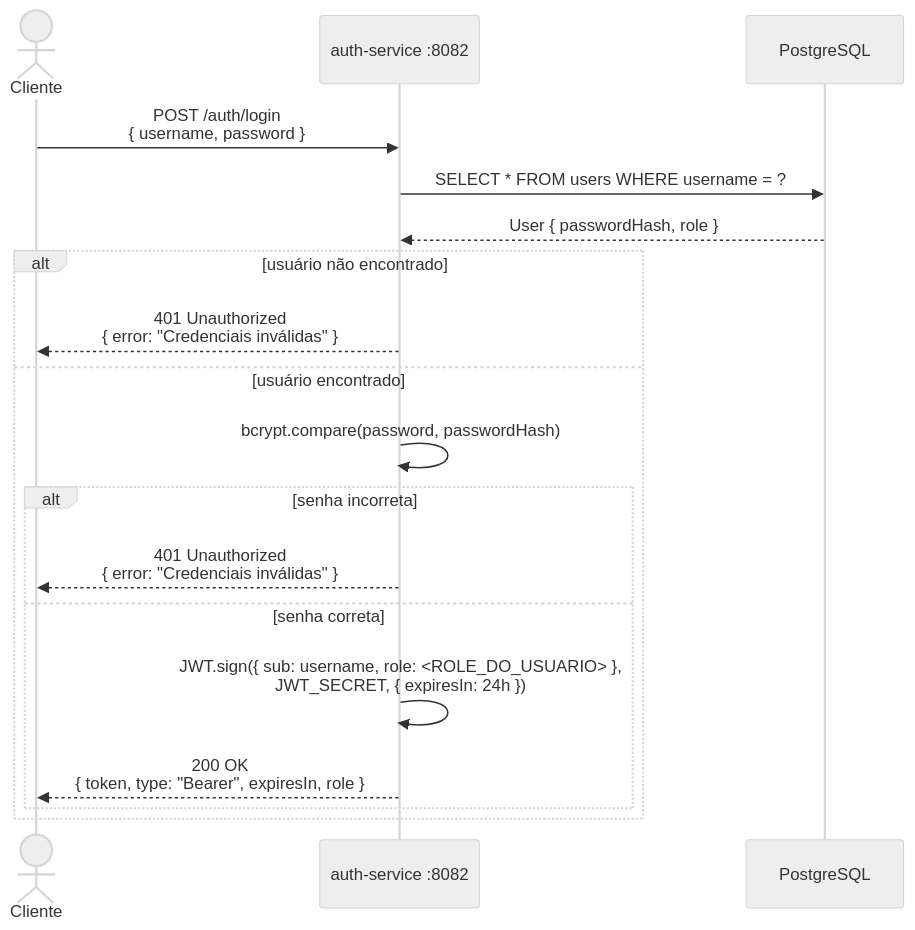
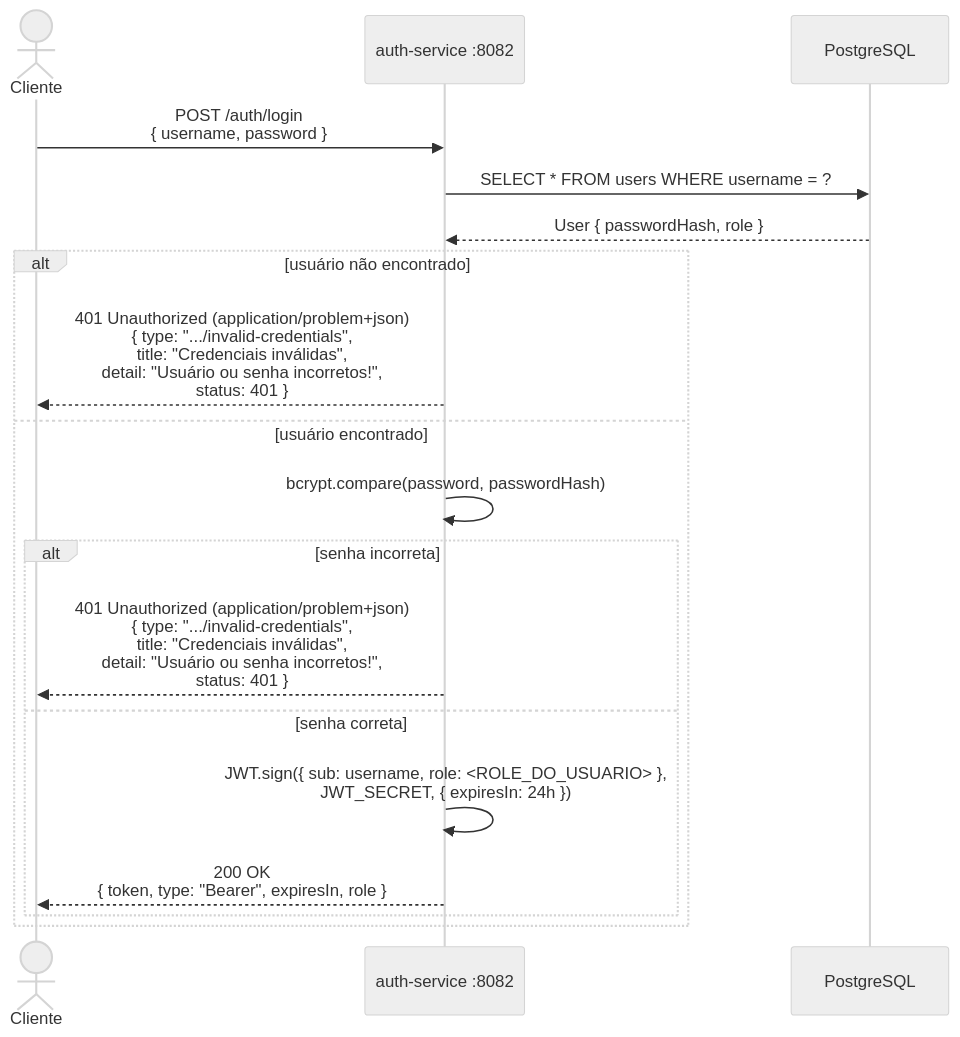
The second of 13 diagrams in docs/sequencias-diagrama.md (LucasBruner/Morbus), drawn with Mermaid (neutral theme) before and after one commit. The commit also changed other lines of this file and 9 other files, not shown here.

````diff
--- a/docs/sequencias-diagrama.md
+++ b/docs/sequencias-diagrama.md
@@ -55,24 +60,24 @@
 ```mermaid
 sequenceDiagram
     actor Cliente
     participant AuthService as auth-service :8082
     participant DB as PostgreSQL
 
     Cliente->>AuthService: POST /auth/login<br/>{ username, password }
 
     AuthService->>DB: SELECT * FROM users WHERE username = ?
     DB-->>AuthService: User { passwordHash, role }
 
     alt usuário não encontrado
-        AuthService-->>Cliente: 401 Unauthorized<br/>{ error: "Credenciais inválidas" }
+        AuthService-->>Cliente: 401 Unauthorized (application/problem+json)<br/>{ type: ".../invalid-credentials",<br/>title: "Credenciais inválidas",<br/>detail: "Usuário ou senha incorretos!",<br/>status: 401 }
     else usuário encontrado
         AuthService->>AuthService: bcrypt.compare(password, passwordHash)
 
         alt senha incorreta
-            AuthService-->>Cliente: 401 Unauthorized<br/>{ error: "Credenciais inválidas" }
+            AuthService-->>Cliente: 401 Unauthorized (application/problem+json)<br/>{ type: ".../invalid-credentials",<br/>title: "Credenciais inválidas",<br/>detail: "Usuário ou senha incorretos!",<br/>status: 401 }
         else senha correta
             AuthService->>AuthService: JWT.sign({ sub: username, role: <ROLE_DO_USUARIO> },<br/>JWT_SECRET, { expiresIn: 24h })
             AuthService-->>Cliente: 200 OK<br/>{ token, type: "Bearer", expiresIn, role }
         end
     end
 ```
````
